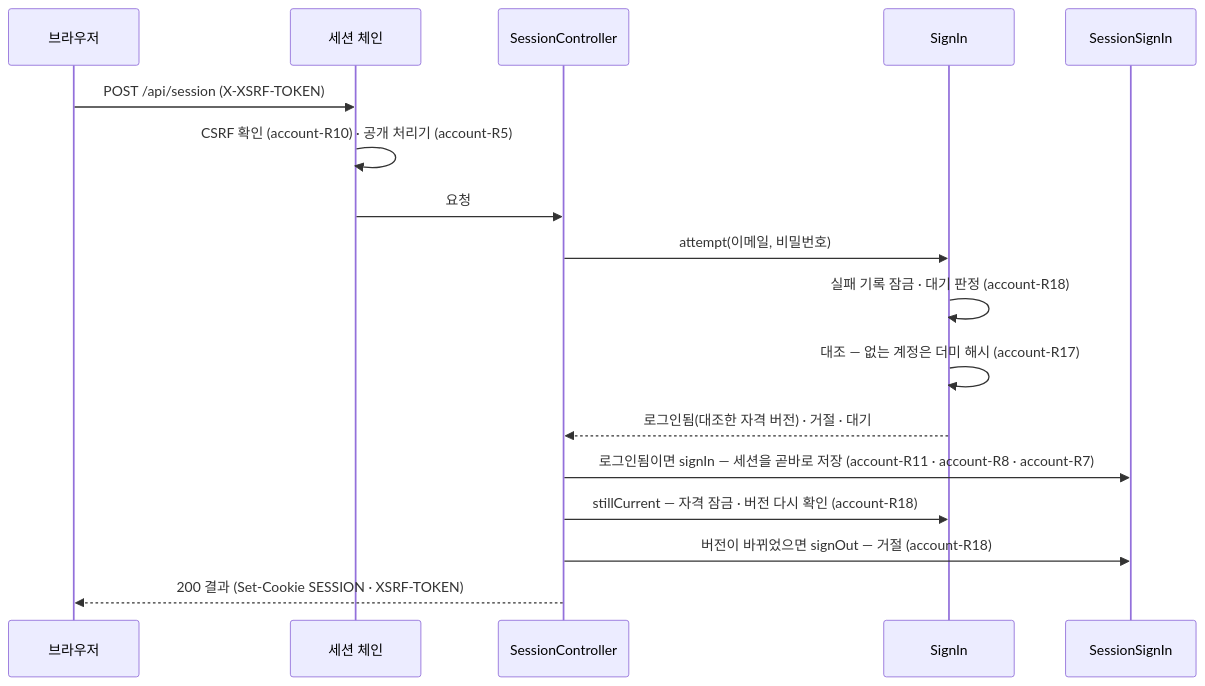
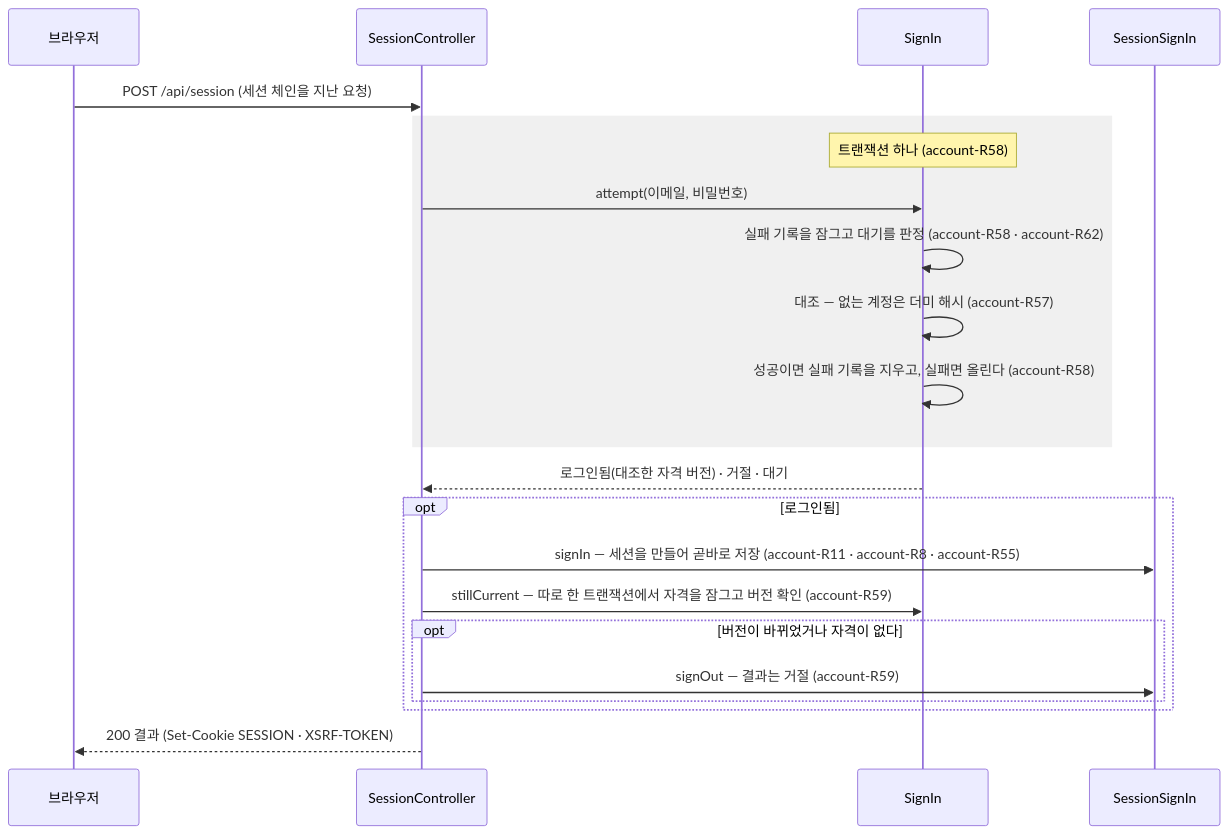
One commit to Theia0382/yozm-news changed the third of 10 diagrams in docs/specs/account.md. Above: the diagram before and after it, drawn with Mermaid. The commit also changed other lines of this file, not shown here.

First line of the commit message:
docs: account Spec 다시 쓰기 — 규칙 쪼개기 · 시퀀스 그림 · 화면 동작 정리

````diff
--- a/docs/specs/account.md
+++ b/docs/specs/account.md
@@ -261,19 +386,24 @@
 ```mermaid
 sequenceDiagram
     participant B as 브라우저
-    participant C as 세션 체인
     participant S as SessionController
     participant I as SignIn
     participant N as SessionSignIn
-    B->>C: POST /api/session (X-XSRF-TOKEN)
-    C->>C: CSRF 확인 (account-R10) · 공개 처리기 (account-R5)
-    C->>S: 요청
+    B->>S: POST /api/session (세션 체인을 지난 요청)
+    rect rgba(128, 128, 128, 0.12)
+    Note over I: 트랜잭션 하나 (account-R58)
     S->>I: attempt(이메일, 비밀번호)
-    I->>I: 실패 기록 잠금 · 대기 판정 (account-R18)
-    I->>I: 대조 — 없는 계정은 더미 해시 (account-R17)
+    I->>I: 실패 기록을 잠그고 대기를 판정 (account-R58 · account-R62)
+    I->>I: 대조 — 없는 계정은 더미 해시 (account-R57)
+    I->>I: 성공이면 실패 기록을 지우고, 실패면 올린다 (account-R58)
+    end
     I-->>S: 로그인됨(대조한 자격 버전) · 거절 · 대기
-    S->>N: 로그인됨이면 signIn — 세션을 곧바로 저장 (account-R11 · account-R8 · account-R7)
-    S->>I: stillCurrent — 자격 잠금 · 버전 다시 확인 (account-R18)
-    S->>N: 버전이 바뀌었으면 signOut — 거절 (account-R18)
+    opt 로그인됨
+        S->>N: signIn — 세션을 만들어 곧바로 저장 (account-R11 · account-R8 · account-R55)
+        S->>I: stillCurrent — 따로 한 트랜잭션에서 자격을 잠그고 버전 확인 (account-R59)
+        opt 버전이 바뀌었거나 자격이 없다
+            S->>N: signOut — 결과는 거절 (account-R59)
+        end
+    end
     S-->>B: 200 결과 (Set-Cookie SESSION · XSRF-TOKEN)
 ```
````
